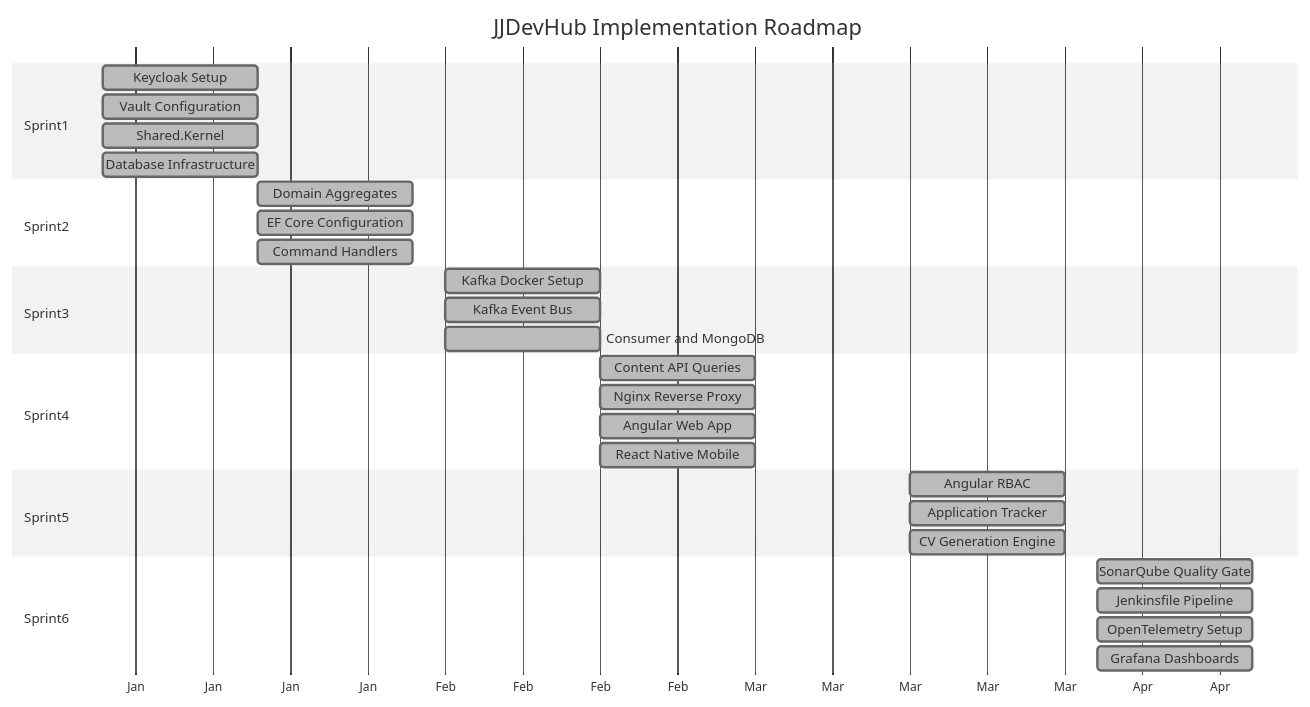
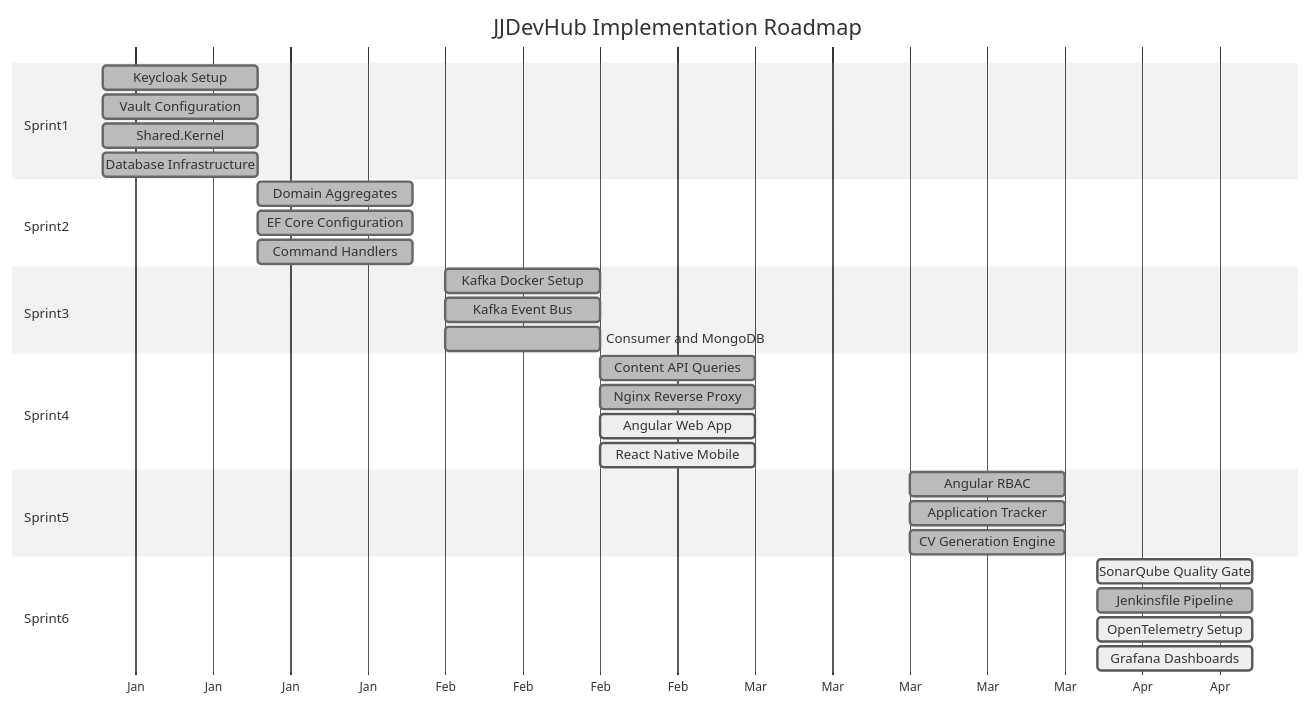
Before and after one commit to jtjaskulski/JJDevHub: the diagram in docs/backlog/README.md, drawn with Mermaid (neutral theme). The commit also changed other lines of this file and 39 other files, not shown here.

````diff
--- a/docs/backlog/README.md
+++ b/docs/backlog/README.md
@@ -15,39 +17,39 @@
 ```mermaid
 gantt
     title JJDevHub Implementation Roadmap
     dateFormat YYYY-MM-DD
     axisFormat %b
 
     section Sprint1
     Keycloak Setup           :done, s1t1, 2026-01-01, 14d
     Vault Configuration      :done, s1t2, 2026-01-01, 14d
     Shared.Kernel            :done, s1t3, 2026-01-01, 14d
     Database Infrastructure  :done, s1t4, 2026-01-01, 14d
 
     section Sprint2
     Domain Aggregates        :done, s2t1, 2026-01-15, 14d
     EF Core Configuration    :done, s2t2, 2026-01-15, 14d
     Command Handlers         :done, s2t3, 2026-01-15, 14d
 
     section Sprint3
     Kafka Docker Setup       :done, s3t1, 2026-02-01, 14d
     Kafka Event Bus          :done, s3t2, 2026-02-01, 14d
     Consumer and MongoDB     :done, s3t3, 2026-02-01, 14d
 
     section Sprint4
     Content API Queries      :done, s4t1, 2026-02-15, 14d
     Nginx Reverse Proxy      :done, s4t2, 2026-02-15, 14d
-    Angular Web App          :done, s4t3, 2026-02-15, 14d
-    React Native Mobile      :done, s4t4, 2026-02-15, 14d
+    Angular Web App          :active, s4t3, 2026-02-15, 14d
+    React Native Mobile      :active, s4t4, 2026-02-15, 14d
 
     section Sprint5
     Angular RBAC             :done, s5t1, 2026-03-15, 14d
     Application Tracker      :done, s5t2, 2026-03-15, 14d
     CV Generation Engine     :done, s5t3, 2026-03-15, 14d
 
     section Sprint6
-    SonarQube Quality Gate   :done, s6t1, 2026-04-01, 14d
+    SonarQube Quality Gate   :active, s6t1, 2026-04-01, 14d
     Jenkinsfile Pipeline     :done, s6t2, 2026-04-01, 14d
-    OpenTelemetry Setup      :done, s6t3, 2026-04-01, 14d
-    Grafana Dashboards       :done, s6t4, 2026-04-01, 14d
+    OpenTelemetry Setup      :active, s6t3, 2026-04-01, 14d
+    Grafana Dashboards       :active, s6t4, 2026-04-01, 14d
 ```
````
